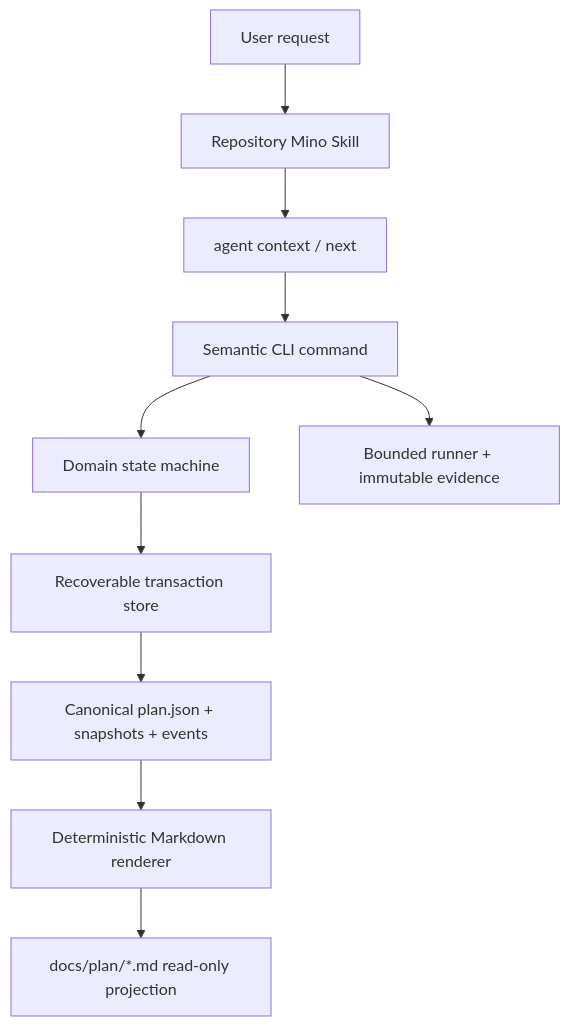
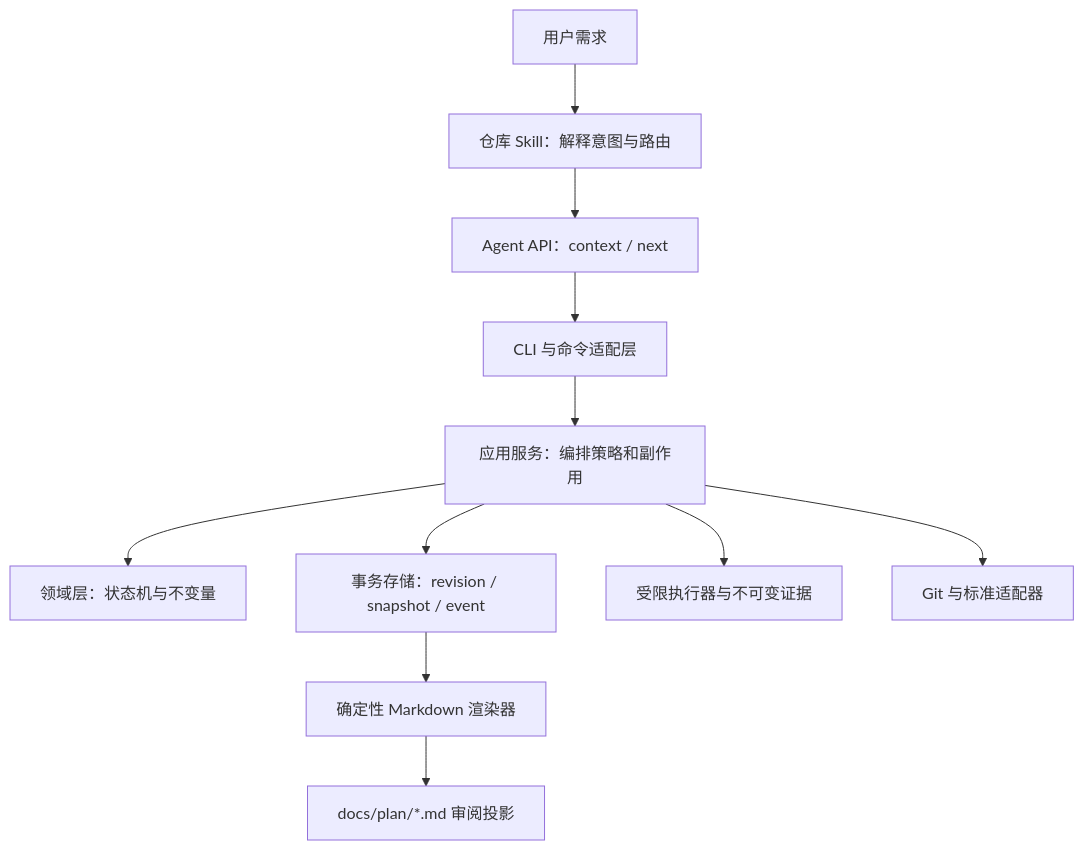
The first of 2 diagrams in docs/architecture.md (QianFuv/Mino), drawn with Mermaid before and after one commit. The commit also changed other lines of this file and 13 other files, not shown here.

````diff
--- a/docs/architecture.md
+++ b/docs/architecture.md
@@ -10,12 +18,13 @@
 ```mermaid
 flowchart TD
-    U["User request"] --> S["Repository Mino Skill"]
-    S --> A["agent context / next"]
-    A --> C["Semantic CLI command"]
-    C --> D["Domain state machine"]
-    D --> T["Recoverable transaction store"]
-    T --> J["Canonical plan.json + snapshots + events"]
-    J --> R["Deterministic Markdown renderer"]
-    C --> E["Bounded runner + immutable evidence"]
-    R --> P["docs/plan/*.md read-only projection"]
+    U["用户需求"] --> S["仓库 Skill：解释意图与路由"]
+    S --> A["Agent API：context / next"]
+    A --> C["CLI 与命令适配层"]
+    C --> APP["应用服务：编排策略和副作用"]
+    APP --> D["领域层：状态机与不变量"]
+    APP --> T["事务存储：revision / snapshot / event"]
+    APP --> E["受限执行器与不可变证据"]
+    APP --> G["Git 与标准适配器"]
+    T --> R["确定性 Markdown 渲染器"]
+    R --> P["docs/plan/*.md 审阅投影"]
 ```
````
